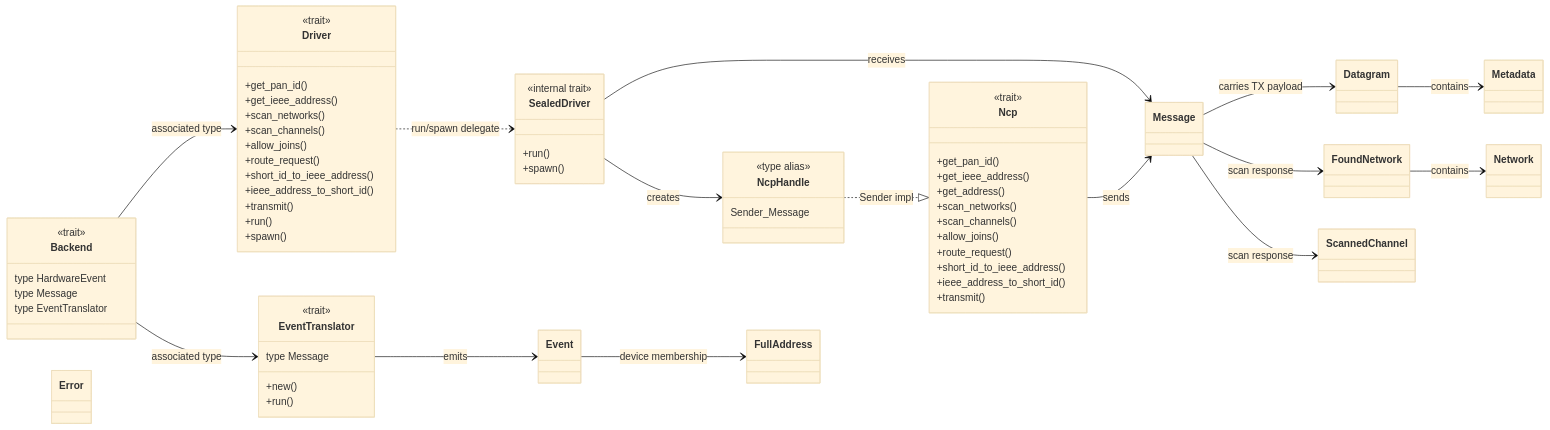
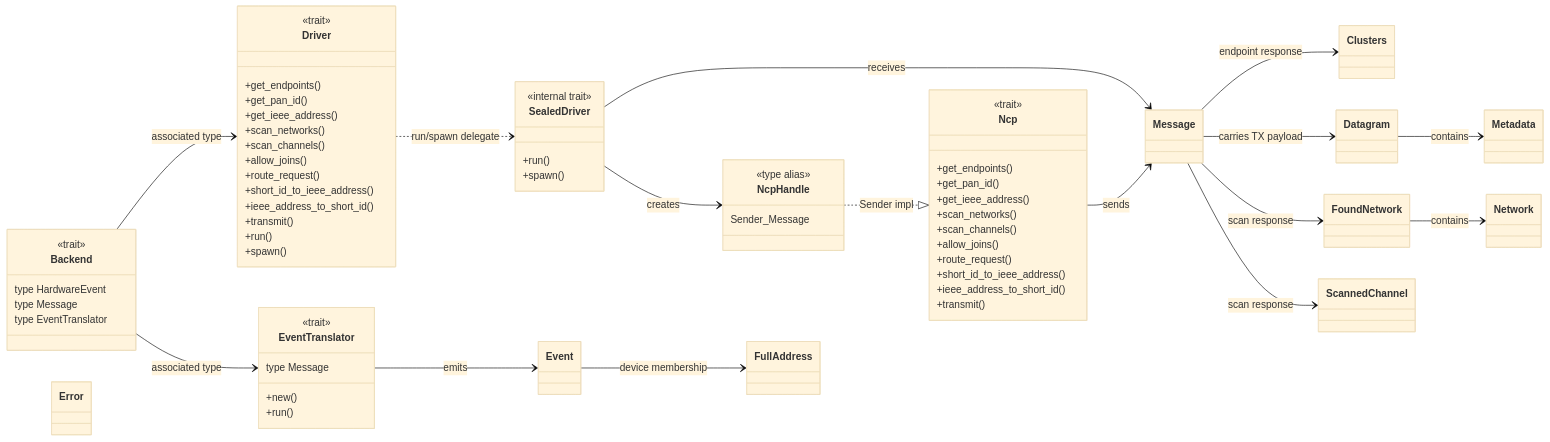
Before and after one commit to PaulmannLighting/apis-saltans: the first of 4 diagrams in hw/ARCHITECTURE.md, drawn with Mermaid (base theme). The commit also changed other lines of this file and 7 other files, not shown here.

Commit message:
Add `get_endpoints()` to HW driver API.

```diff
--- a/hw/ARCHITECTURE.md
+++ b/hw/ARCHITECTURE.md
@@ -68,6 +69,7 @@
 
     class Driver {
         <<trait>>
+        +get_endpoints()
         +get_pan_id()
         +get_ieee_address()
         +scan_networks()
@@ -89,9 +91,9 @@
 
     class Ncp {
         <<trait>>
+        +get_endpoints()
         +get_pan_id()
         +get_ieee_address()
-        +get_address()
         +scan_networks()
         +scan_channels()
         +allow_joins()
@@ -114,6 +116,7 @@
     }
 
     class Message
+    class Clusters
     class Event
     class FullAddress
     class Datagram
@@ -132,6 +135,7 @@
     SealedDriver --> NcpHandle : creates
     NcpHandle ..|> Ncp : Sender<Message> impl
     Ncp --> Message : sends
+    Message --> Clusters : endpoint response
     Message --> Datagram : carries TX payload
     Datagram --> Metadata : contains
     Message --> FoundNetwork : scan response
```
